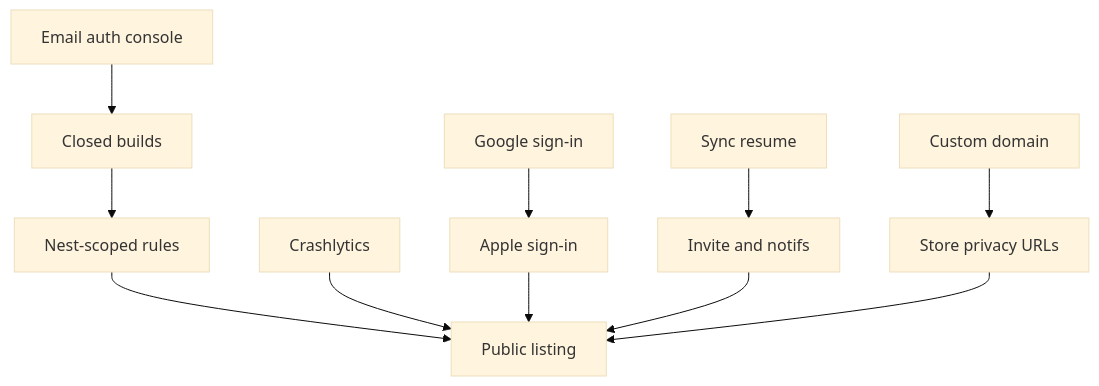
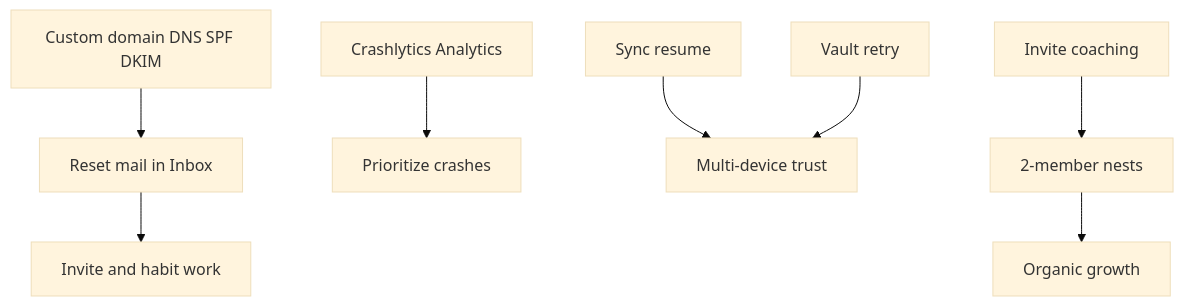
Before and after one commit to kamranibrahim/nestly: the second of 2 diagrams in FOUR_MONTH_PLAN.md, drawn with Mermaid (base theme). The commit also changed other lines of this file and 2 other files, not shown here.

First line of the commit message:
Revise 4-month plan for live App Store and email deliverability

````diff
--- a/FOUR_MONTH_PLAN.md
+++ b/FOUR_MONTH_PLAN.md
@@ -337,13 +313,10 @@
 ```mermaid
 flowchart TD
-  emailAuth[Email auth console] --> closedBuild[Closed builds]
-  closedBuild --> rules[Nest-scoped rules]
-  rules --> public[Public listing]
-  crash[Crashlytics] --> public
-  google[Google sign-in] --> apple[Apple sign-in]
-  apple --> public
-  sync[Sync resume] --> retention[Invite and notifs]
-  retention --> public
-  domain[Custom domain] --> storeURLs[Store privacy URLs]
-  storeURLs --> public
+  dns[Custom domain DNS SPF DKIM] --> inbox[Reset mail in Inbox]
+  inbox --> retention[Invite and habit work]
+  crash[Crashlytics Analytics] --> decisions[Prioritize crashes]
+  sync[Sync resume] --> trust[Multi-device trust]
+  vault[Vault retry] --> trust
+  invite[Invite coaching] --> twoMember[2-member nests]
+  twoMember --> growth[Organic growth]
 ```
````
